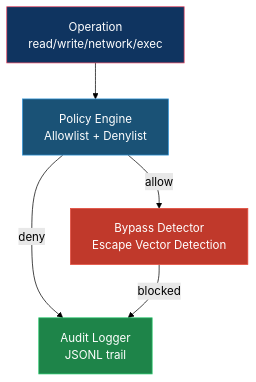
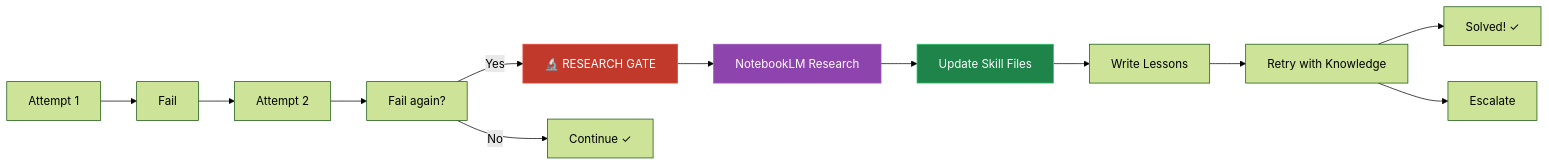
Before and after one commit to Exia-thd/Digital-Nervous: the second of 4 diagrams in README.md, drawn with Mermaid (forest theme). The commit also changed other lines of this file and 975 other files, not shown here.

````diff
--- a/README.md
+++ b/README.md
@@ -738,17 +235,19 @@
 ```mermaid
-flowchart TD
-    OP["Operation<br/>read/write/network/exec"]
-    PE["Policy Engine<br/>Allowlist + Denylist"]
-    BD["Bypass Detector<br/>Escape Vector Detection"]
-    AL["Audit Logger<br/>JSONL trail"]
-
-    OP --> PE
-    PE -->|allow| BD
-    PE -->|deny| AL
-    BD -->|blocked| AL
-
-    style OP fill:#0f3460,stroke:#e94560,color:#fff
-    style PE fill:#1a5276,stroke:#3498db,color:#fff
-    style BD fill:#c0392b,stroke:#e74c3c,color:#fff
-    style AL fill:#1e8449,stroke:#2ecc71,color:#fff
+flowchart LR
+    A1["Attempt 1"] --> F1["Fail"]
+    F1 --> A2["Attempt 2"]
+    A2 --> F2["Fail again?"]
+    F2 -->|"Yes"| GATE["🔬 RESEARCH GATE"]
+    F2 -->|"No"| CONT["Continue ✓"]
+    
+    GATE --> R["NotebookLM Research"]
+    R --> U["Update Skill Files"]
+    U --> L["Write Lessons"]
+    L --> RT["Retry with Knowledge"]
+    RT --> WIN["Solved! ✓"]
+    RT --> ESC["Escalate"]
+    
+    style GATE fill:#c0392b,stroke:#e74c3c,color:#fff
+    style R fill:#8e44ad,stroke:#9b59b6,color:#fff
+    style U fill:#1e8449,stroke:#2ecc71,color:#fff
 ```
````
